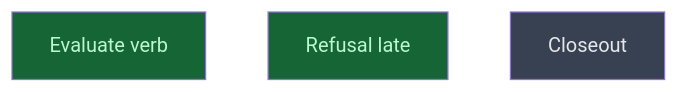
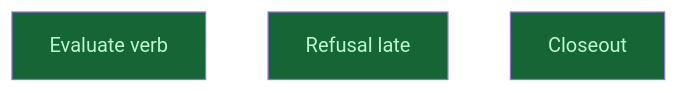
Before and after one commit to CrackingShells/Candler: the diagram in __roadmap__/m3-lean-cli/verbs/surfaces/README.md, drawn with Mermaid. The commit also changed other lines of this file and 2 other files, not shown here.

Commit message:
rdm(cli): mark the verbs of the lean cli done

````diff
--- a/__roadmap__/m3-lean-cli/verbs/surfaces/README.md
+++ b/__roadmap__/m3-lean-cli/verbs/surfaces/README.md
@@ -26,11 +26,11 @@
 ```mermaid
 graph TD
     evaluate_verb[Evaluate verb]:::done
     refusal_late[Refusal late]:::done
-    closeout[Closeout]:::planned
+    closeout[Closeout]:::done
     classDef done       fill:#166534,color:#bbf7d0
     classDef inprogress fill:#854d0e,color:#fef08a
     classDef planned    fill:#374151,color:#e5e7eb
     classDef amendment  fill:#1e3a5f,color:#bfdbfe
     classDef blocked    fill:#7f1d1d,color:#fecaca
 ```
````
